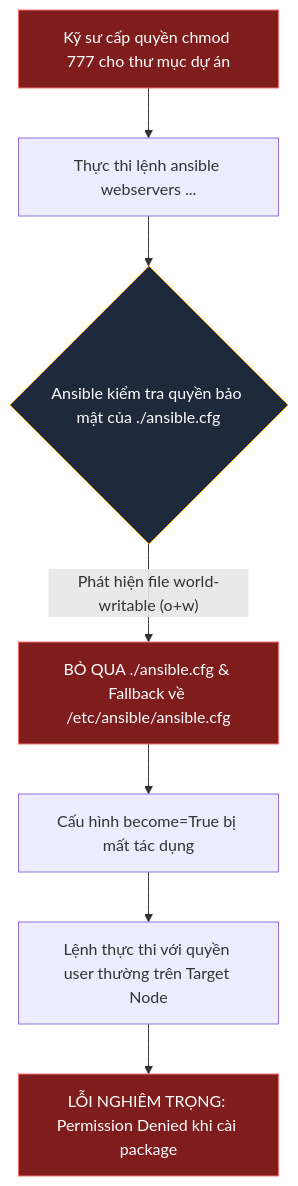
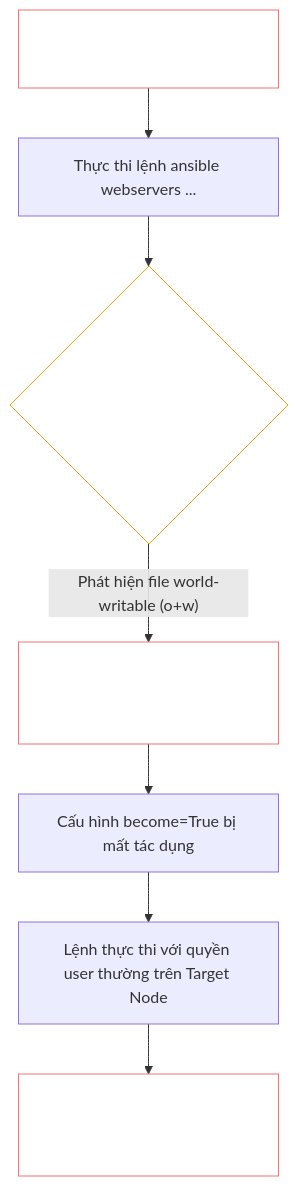
One commit to kiennt308/ntk changed the third of 3 diagrams in _posts/2026-09-13-ansible-02-02-cai-dat-kien-truc-ad-hoc.md. Above: the diagram before and after it, drawn with Mermaid. The commit also changed other lines of this file and 161 other files, not shown here.

````diff
--- a/_posts/2026-09-13-ansible-02-02-cai-dat-kien-truc-ad-hoc.md
+++ b/_posts/2026-09-13-ansible-02-02-cai-dat-kien-truc-ad-hoc.md
@@ -212,14 +212,14 @@
 ```mermaid
 flowchart TD
     A["Kỹ sư cấp quyền chmod 777 cho thư mục dự án"] --> B["Thực thi lệnh ansible webservers ..."]
     B --> C{"Ansible kiểm tra quyền bảo mật của ./ansible.cfg"}
     C -- "Phát hiện file world-writable (o+w)" --> D["BỎ QUA ./ansible.cfg & Fallback về /etc/ansible/ansible.cfg"]
     D --> E["Cấu hình become=True bị mất tác dụng"]
     E --> F["Lệnh thực thi với quyền user thường trên Target Node"]
     F --> G["LỖI NGHIÊM TRỌNG: Permission Denied khi cài package"]
 
-    style A fill:#7f1d1d,stroke:#f87171,color:#fff
-    style C fill:#1e293b,stroke:#f59e0b,color:#fff
-    style D fill:#7f1d1d,stroke:#f87171,color:#fff
-    style G fill:#7f1d1d,stroke:#f87171,color:#fff
+    style A fill:none,stroke:#f87171,color:#fff
+    style C fill:none,stroke:#f59e0b,color:#fff
+    style D fill:none,stroke:#f87171,color:#fff
+    style G fill:none,stroke:#f87171,color:#fff
 ```
````
